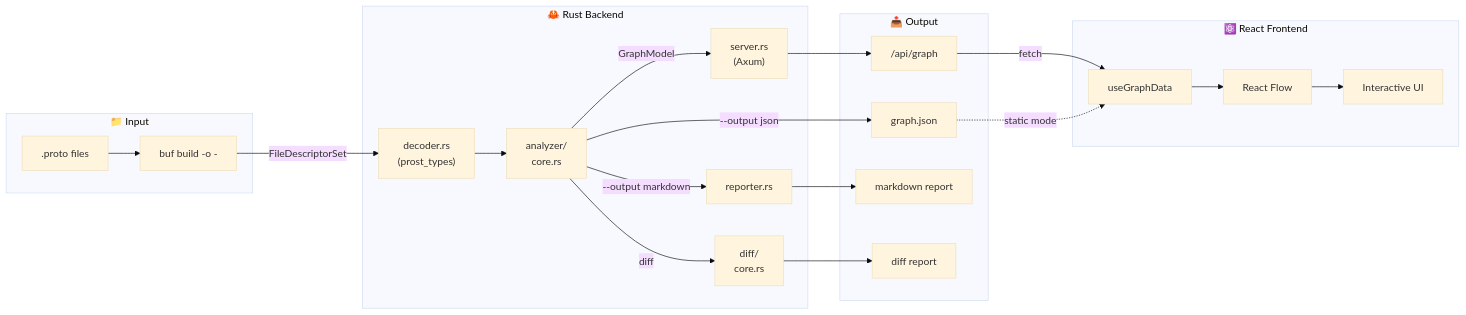
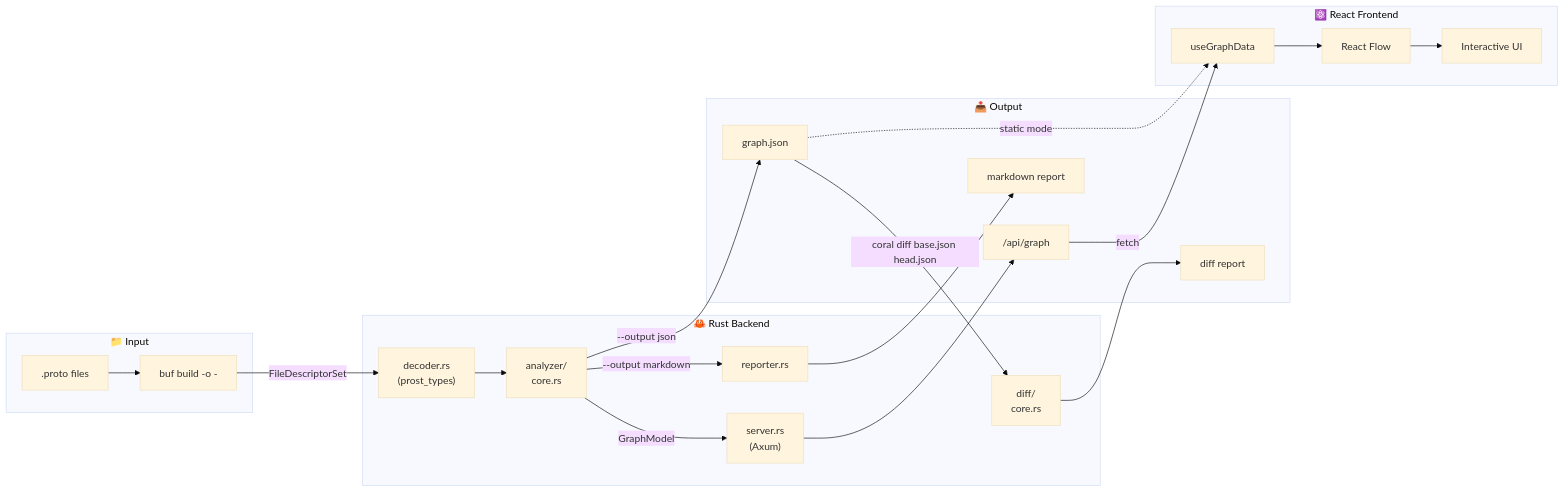
One commit to actions-marketplace-validations/daisuke8000_coral changed the diagram in README.md. Above: the diagram before and after it, drawn with Mermaid (base theme). The commit also changed other lines of this file and 7 other files, not shown here.

````diff
--- a/README.md
+++ b/README.md
@@ -207,43 +207,43 @@
 ```mermaid
 flowchart LR
     subgraph Input["📁 Input"]
         Proto[".proto files"]
         Buf["buf build -o -"]
     end
 
     subgraph Backend["🦀 Rust Backend"]
         Decoder["decoder.rs<br/>(prost_types)"]
         Analyzer["analyzer/<br/>core.rs"]
         Server["server.rs<br/>(Axum)"]
         Diff["diff/<br/>core.rs"]
         Reporter["reporter.rs"]
     end
 
     subgraph Output["📤 Output"]
         API["/api/graph"]
         JSON["graph.json"]
         MD["markdown report"]
         DiffOut["diff report"]
     end
 
     subgraph Frontend["⚛️ React Frontend"]
         Fetch["useGraphData"]
         Flow["React Flow"]
         UI["Interactive UI"]
     end
 
     Proto --> Buf
     Buf -->|FileDescriptorSet| Decoder
     Decoder --> Analyzer
     Analyzer -->|GraphModel| Server
     Analyzer -->|--output json| JSON
     Analyzer -->|--output markdown| Reporter
-    Analyzer -->|diff| Diff
     Reporter --> MD
+    JSON -->|"coral diff base.json head.json"| Diff
     Diff --> DiffOut
     Server --> API
     API -->|fetch| Fetch
     JSON -.->|static mode| Fetch
     Fetch --> Flow
     Flow --> UI
 ```
````
